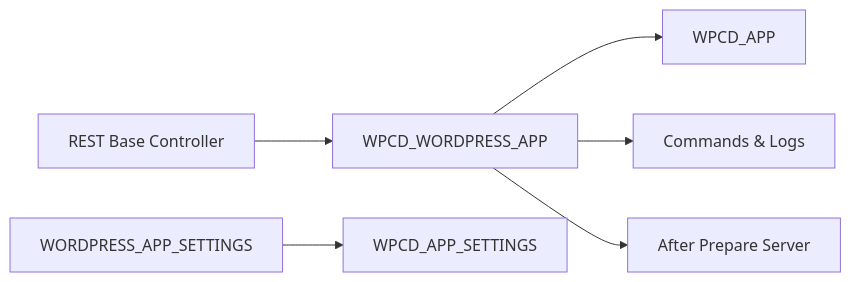
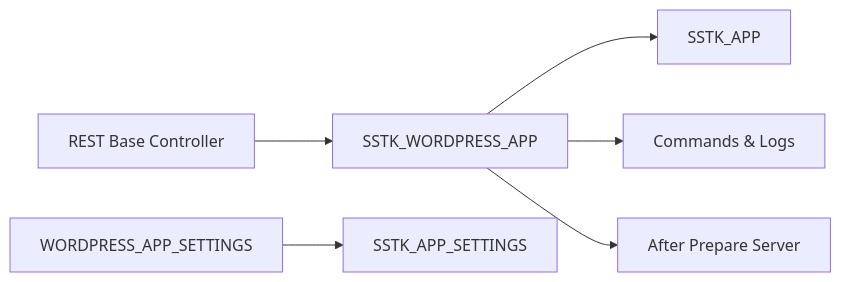
Before and after one commit to onedogsolutions/simple-stack: the eighth of 8 diagrams in .qoder/repowiki/en/content/WordPress Application Engine/WordPress Application Lifecycle Management.md, drawn with Mermaid. The commit also changed other lines of this file and 5941 other files, not shown here.

````diff
--- a/.qoder/repowiki/en/content/WordPress Application Engine/WordPress Application Lifecycle Management.md
+++ b/.qoder/repowiki/en/content/WordPress Application Engine/WordPress Application Lifecycle Management.md
@@ -361,8 +361,8 @@
 ```mermaid
 graph LR
-WPAPP["WPCD_WORDPRESS_APP"] --> BASEAPP["WPCD_APP"]
-SETTINGS["WORDPRESS_APP_SETTINGS"] --> BASESETTINGS["WPCD_APP_SETTINGS"]
+WPAPP["SSTK_WORDPRESS_APP"] --> BASEAPP["SSTK_APP"]
+SETTINGS["WORDPRESS_APP_SETTINGS"] --> BASESETTINGS["SSTK_APP_SETTINGS"]
 WPAPP --> TRAIT1["Commands & Logs"]
 WPAPP --> TRAIT2["After Prepare Server"]
 RESTBASE["REST Base Controller"] --> WPAPP
 ```
````
